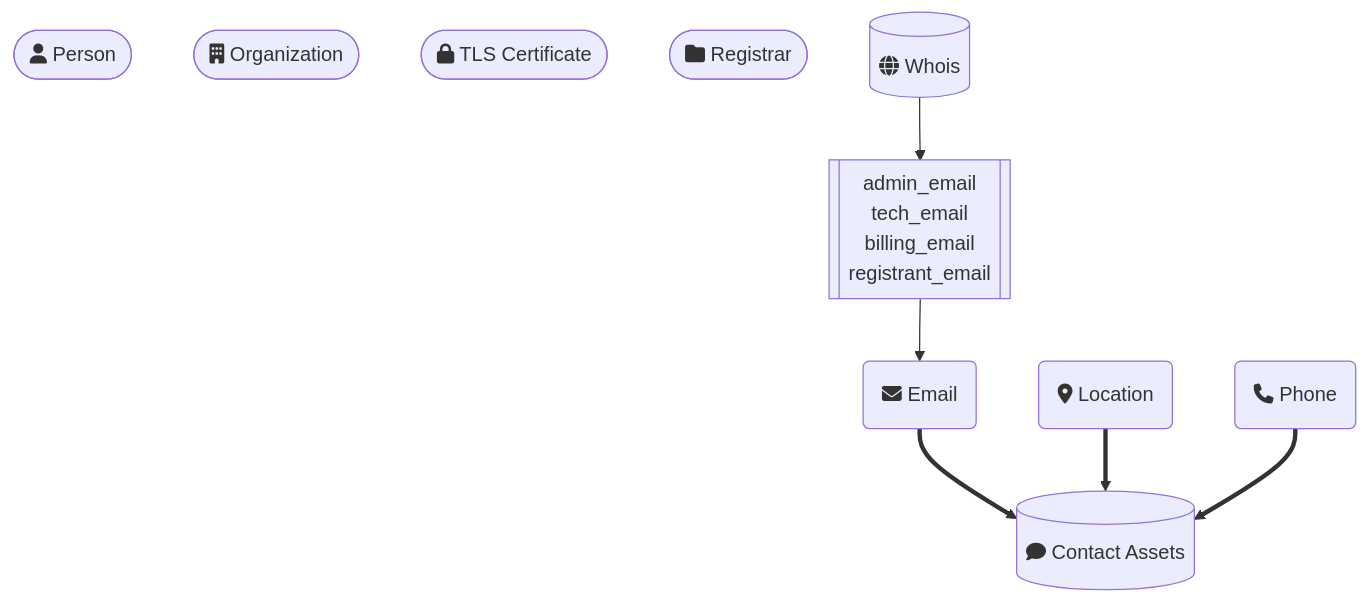
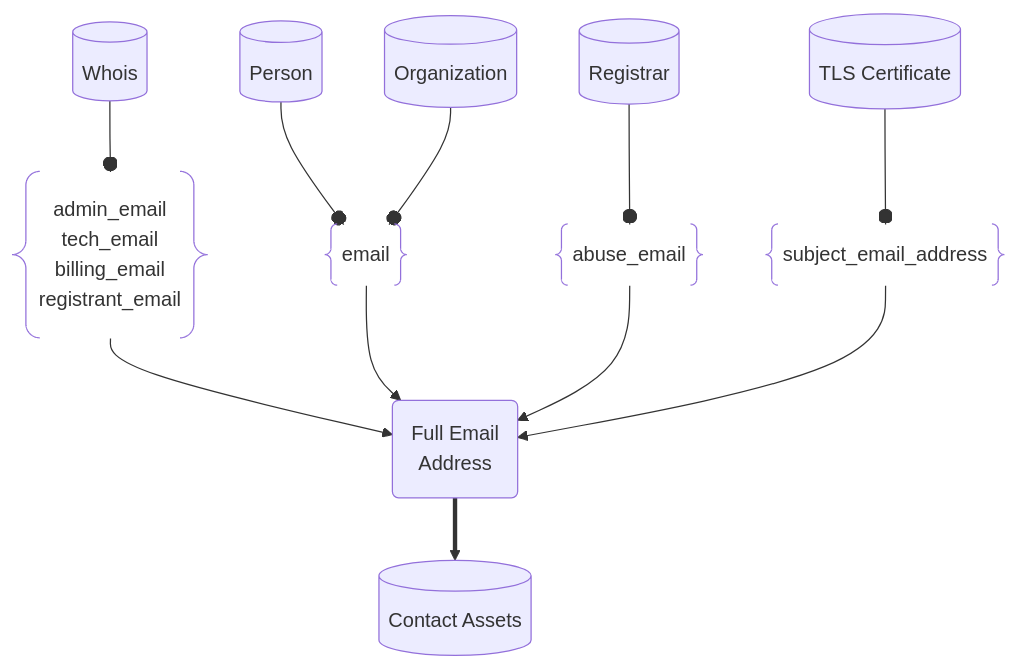
Before and after one commit to owasp-amass/docs: the diagram in docs/open-asset-model/contact.md, drawn with Mermaid. The commit also changed 1 other file, not shown here.

Commit message:
Your commit message here

````diff
--- a/docs/open-asset-model/contact.md
+++ b/docs/open-asset-model/contact.md
@@ -1,31 +1,50 @@
 ``` mermaid
 flowchart TD
-Contact[("fa:fa-comment Contact Assets")]
+Contact[("Contact Assets")]
 
-Email("fa:fa-envelope Email")
-Location("fa:fa-location-dot Location")
-Phone("fa:fa-phone Phone")
+Email("Full Email
+Address")
+
 
 Email ==> Contact
-Location ==> Contact
-Phone ==> Contact
-
-Person(["fa:fa-user Person"])
-Organization(["fa:fa-building Organization"])
-TLSCertificate(["fa:fa-lock TLS Certificate"])
-Registrar(["fa:fa-folder Registrar"])
-Whois[("fa:fa-globe Whois")]
 
 
-whoisEmail@{shape: subproc, label: "admin_email
+Person[("Person")]
+Organization[("Organization")]
+TLSCertificate[("TLS Certificate")]
+Registrar[("Registrar")]
+Whois[("Whois")]
+
+
+whoisEmail@{ shape: braces, label: "admin_email
 tech_email
 billing_email
 registrant_email" }
 
 
+personEmail@{ shape: braces, label: "email"}
+registrarEmail@{ shape: braces, label: "abuse_email"}
+tlsEmail@{ shape: braces, label: "subject_email_address"}
+
 
 
 
 whoisEmail --> Email
-Whois --> whoisEmail
+Whois --o whoisEmail
+
+personEmail --> Email
+Person --o personEmail
+Organization --o personEmail 
+
+registrarEmail --> Email
+Registrar --o registrarEmail
+
+tlsEmail --> Email
+TLSCertificate --o tlsEmail
+
+
+
+
+
+
 ```
````
